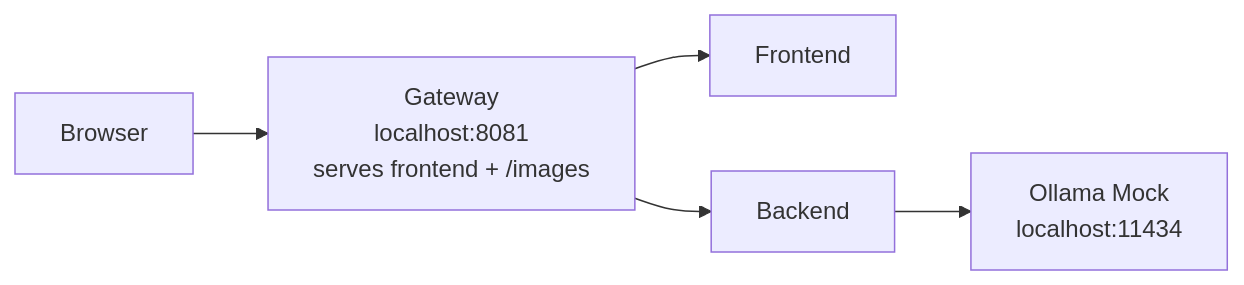
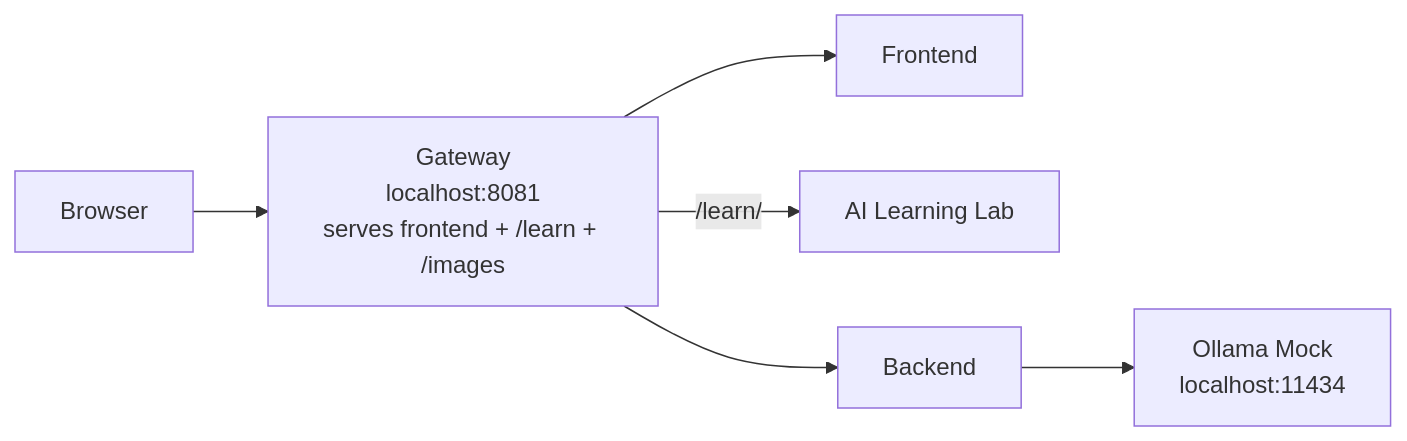
The diagram in docs/STUDENT_GUIDE.md (slawekradzyminski/awesome-localstack), drawn with Mermaid before and after one commit. The commit also changed other lines of this file and 27 other files, not shown here.

First line of the commit message:
Integrate standalone AI Learning Lab release (#16)

````diff
--- a/docs/STUDENT_GUIDE.md
+++ b/docs/STUDENT_GUIDE.md
@@ -35,13 +37,15 @@
 ```mermaid
 flowchart LR
     U[Browser]
-    G[Gateway<br/>localhost:8081<br/>serves frontend + /images]
+    G[Gateway<br/>localhost:8081<br/>serves frontend + /learn + /images]
     F[Frontend]
+    L[AI Learning Lab]
     B[Backend]
     O[Ollama Mock<br/>localhost:11434]
 
     U --> G
     G --> F
+    G -->|/learn/| L
     G --> B
     B --> O
 ```
````
